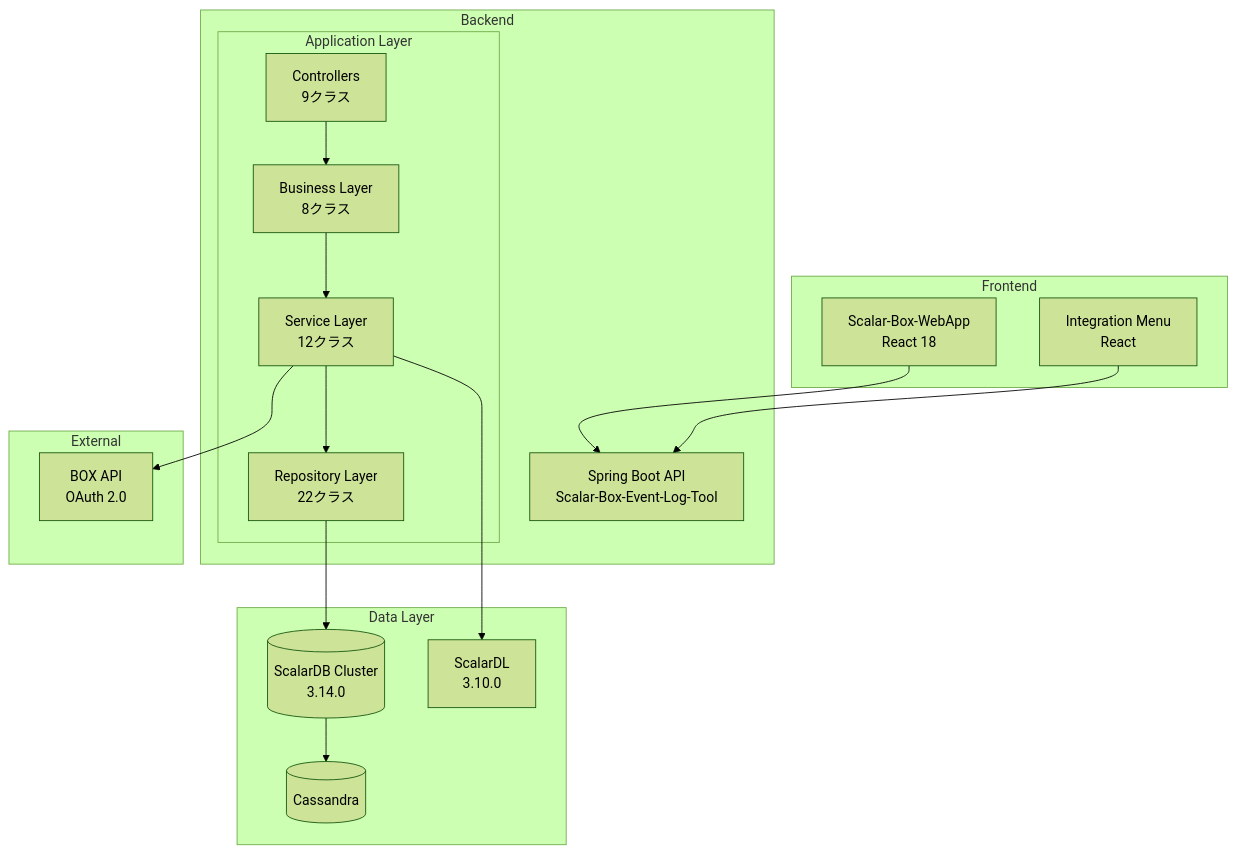
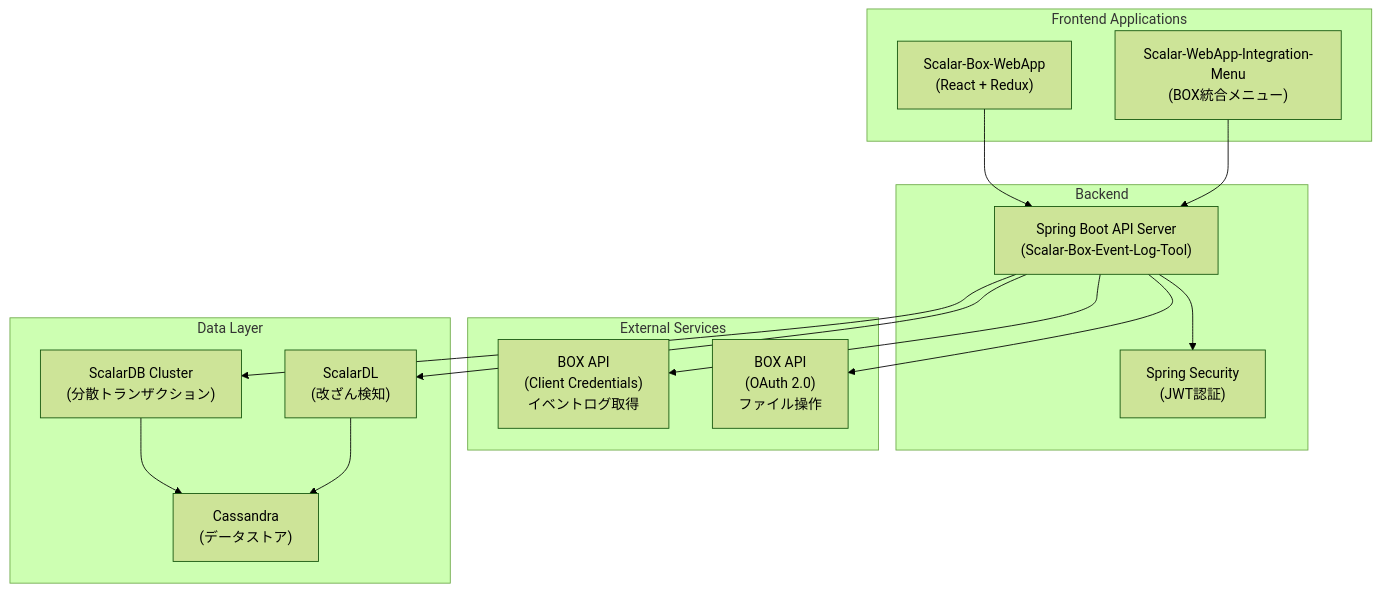
The diagram in reports/01_analysis/system-overview.md (wfukatsu/refactoring-agent-for-claude-code), drawn with Mermaid (forest theme) before and after one commit. The commit also changed other lines of this file and 26 other files, not shown here.

````diff
--- a/reports/01_analysis/system-overview.md
+++ b/reports/01_analysis/system-overview.md
@@ -311,38 +62,33 @@
 ```mermaid
 graph TB
-    subgraph "Frontend"
-        WebApp[Scalar-Box-WebApp<br/>React 18]
-        IntMenu[Integration Menu<br/>React]
+    subgraph "Frontend Applications"
+        WebApp["Scalar-Box-WebApp<br/>(React + Redux)"]
+        IntegrationMenu["Scalar-WebApp-Integration-Menu<br/>(BOX統合メニュー)"]
     end
 
     subgraph "Backend"
-        API[Spring Boot API<br/>Scalar-Box-Event-Log-Tool]
+        SpringBoot["Spring Boot API Server<br/>(Scalar-Box-Event-Log-Tool)"]
+        Security["Spring Security<br/>(JWT認証)"]
+    end
 
-        subgraph "Application Layer"
-            Controller[Controllers<br/>9クラス]
-            Business[Business Layer<br/>8クラス]
-            Service[Service Layer<br/>12クラス]
-            Repository[Repository Layer<br/>22クラス]
-        end
+    subgraph "External Services"
+        BoxAPI1["BOX API<br/>(Client Credentials)<br/>イベントログ取得"]
+        BoxAPI2["BOX API<br/>(OAuth 2.0)<br/>ファイル操作"]
     end
 
     subgraph "Data Layer"
-        ScalarDB[(ScalarDB Cluster<br/>3.14.0)]
-        ScalarDL[ScalarDL<br/>3.10.0]
-        Cassandra[(Cassandra)]
+        ScalarDB["ScalarDB Cluster<br/>(分散トランザクション)"]
+        ScalarDL["ScalarDL<br/>(改ざん検知)"]
+        Cassandra["Cassandra<br/>(データストア)"]
     end
 
-    subgraph "External"
-        BoxAPI[BOX API<br/>OAuth 2.0]
-    end
-
-    WebApp --> API
-    IntMenu --> API
-    Controller --> Business
-    Business --> Service
-    Service --> Repository
-    Repository --> ScalarDB
-    Service --> ScalarDL
+    WebApp --> SpringBoot
+    IntegrationMenu --> SpringBoot
+    SpringBoot --> Security
+    SpringBoot --> BoxAPI1
+    SpringBoot --> BoxAPI2
+    SpringBoot --> ScalarDB
+    SpringBoot --> ScalarDL
     ScalarDB --> Cassandra
-    Service --> BoxAPI
+    ScalarDL --> Cassandra
 ```
````
